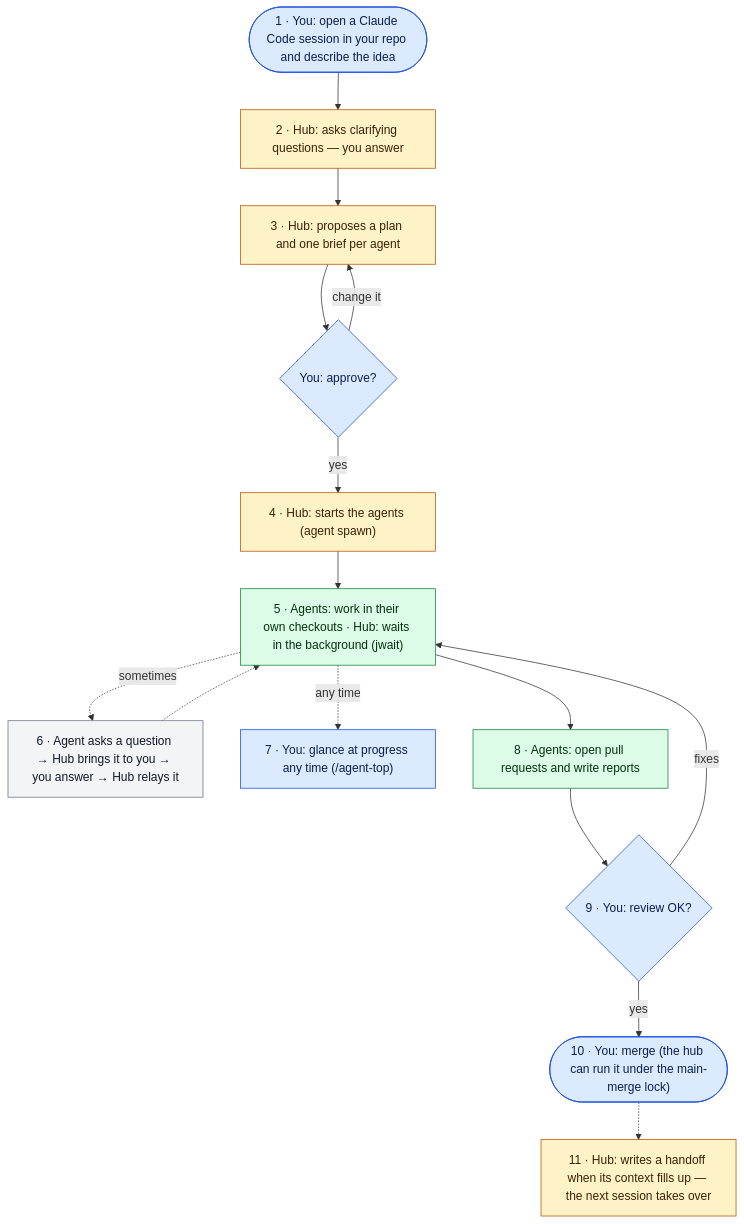
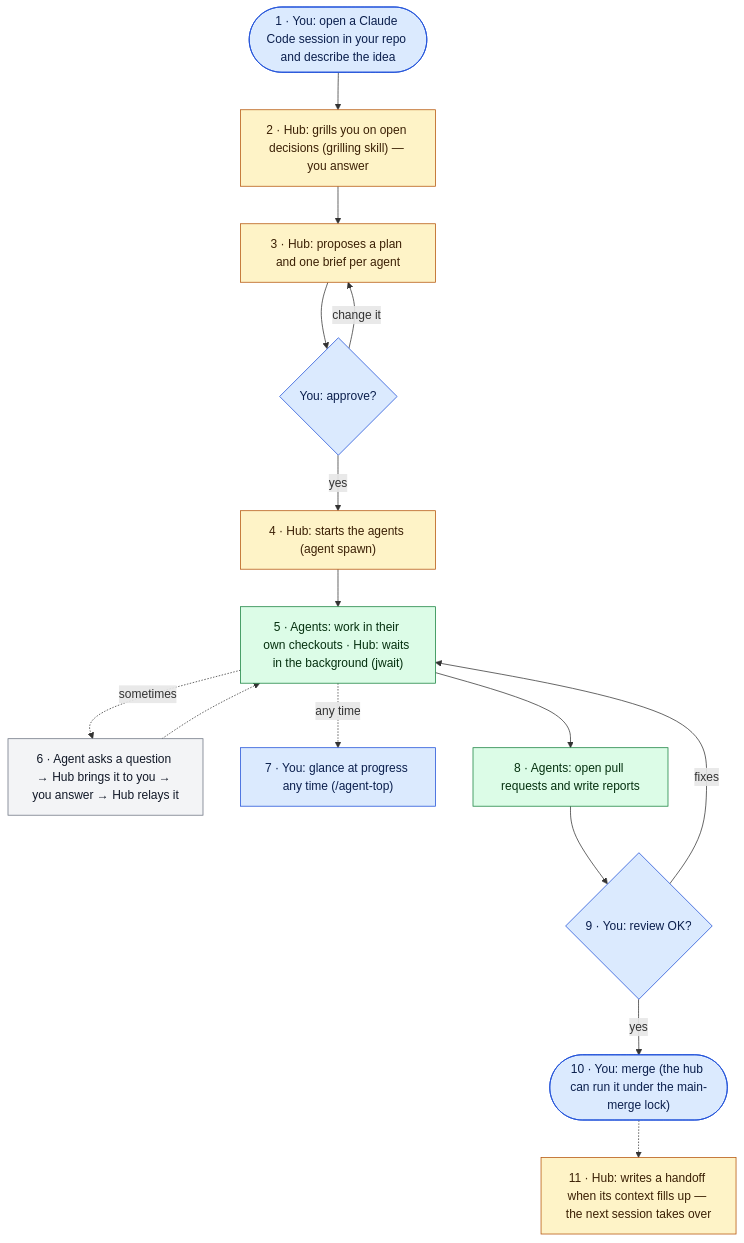
Before and after one commit to ilya-kozyrev/claude-agent-hub: the diagram in docs/getting-started.md, drawn with Mermaid. The commit also changed other lines of this file and 2 other files, not shown here.

First line of the commit message:
docs: grill before you brief — recommend the grilling skill as a companion

````diff
--- a/docs/getting-started.md
+++ b/docs/getting-started.md
@@ -13,33 +13,33 @@
 ```mermaid
 flowchart TB
     s1(["1 · You: open a Claude Code session in your repo and describe the idea"])
-    s2["2 · Hub: asks clarifying questions — you answer"]
+    s2["2 · Hub: grills you on open decisions (grilling skill) — you answer"]
     s3["3 · Hub: proposes a plan and one brief per agent"]
     s3q{"You: approve?"}
     s4["4 · Hub: starts the agents (agent spawn)"]
     s5["5 · Agents: work in their own checkouts · Hub: waits in the background (jwait)"]
     s6["6 · Agent asks a question → Hub brings it to you → you answer → Hub relays it"]
     s7["7 · You: glance at progress any time (/agent-top)"]
     s8["8 · Agents: open pull requests and write reports"]
     s9{"9 · You: review OK?"}
     s10(["10 · You: merge (the hub can run it under the main-merge lock)"])
     s11["11 · Hub: writes a handoff when its context fills up — the next session takes over"]
 
     s1 --> s2 --> s3 --> s3q
     s3q -- "change it" --> s3
     s3q -- "yes" --> s4 --> s5 --> s8 --> s9
     s5 -. "sometimes" .-> s6 -.-> s5
     s5 -. "any time" .-> s7
     s9 -- "fixes" --> s5
     s9 -- "yes" --> s10
     s10 -.-> s11
 
     classDef you fill:#dbeafe,stroke:#1d4ed8,color:#0b1f4d
     classDef hub fill:#fef3c7,stroke:#b45309,color:#3b2005
     classDef agents fill:#dcfce7,stroke:#15803d,color:#05300f
     classDef mixed fill:#f3f4f6,stroke:#6b7280,color:#111827
     class s1,s3q,s7,s9,s10 you
     class s2,s3,s4,s11 hub
     class s5,s8 agents
     class s6 mixed
 ```
````
